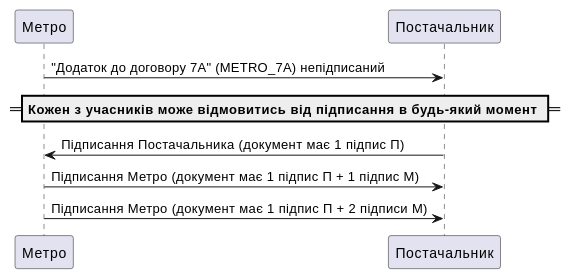
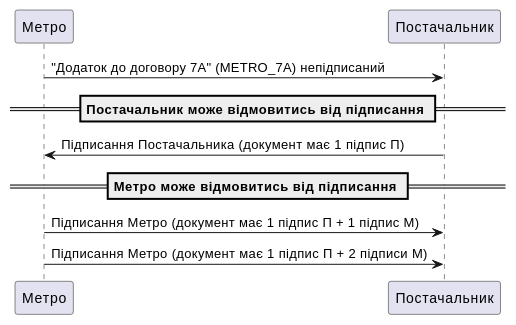
The diagram in docs/retail_2.0/Metro_7a_instruction.rst (EDI-N/Docs_ua), drawn with PlantUML before and after one commit. The commit also changed other lines of this file, not shown here.

```diff
--- a/docs/retail_2.0/Metro_7a_instruction.rst
+++ b/docs/retail_2.0/Metro_7a_instruction.rst
@@ -25,15 +25,18 @@
 .. uml::
    :scale: 100 %
    :align: center
 
    @startuml
 
    Метро -> Постачальник: "Додаток до договору 7А" (METRO_7A) непідписаний
 
-   == Кожен з учасників може відмовитись від підписання в будь-який момент ==
+   == Постачальник може відмовитись від підписання ==
 
    Метро <- Постачальник: Підписання Постачальника (документ має 1 підпис П)
+
+   == Метро може відмовитись від підписання ==
+
    Метро -> Постачальник: Підписання Метро (документ має 1 підпис П + 1 підпис М)
    Метро -> Постачальник: Підписання Метро (документ має 1 підпис П + 2 підписи М)
 
    @enduml
```
